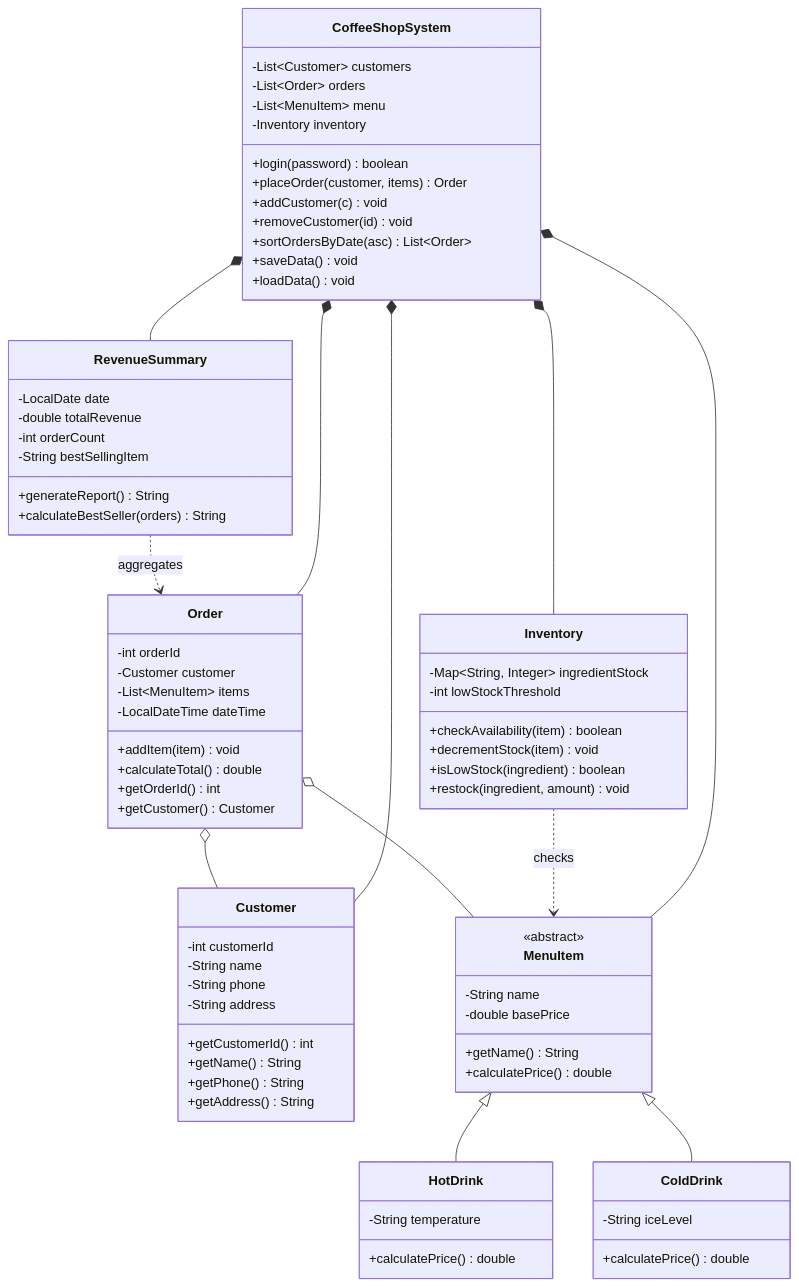
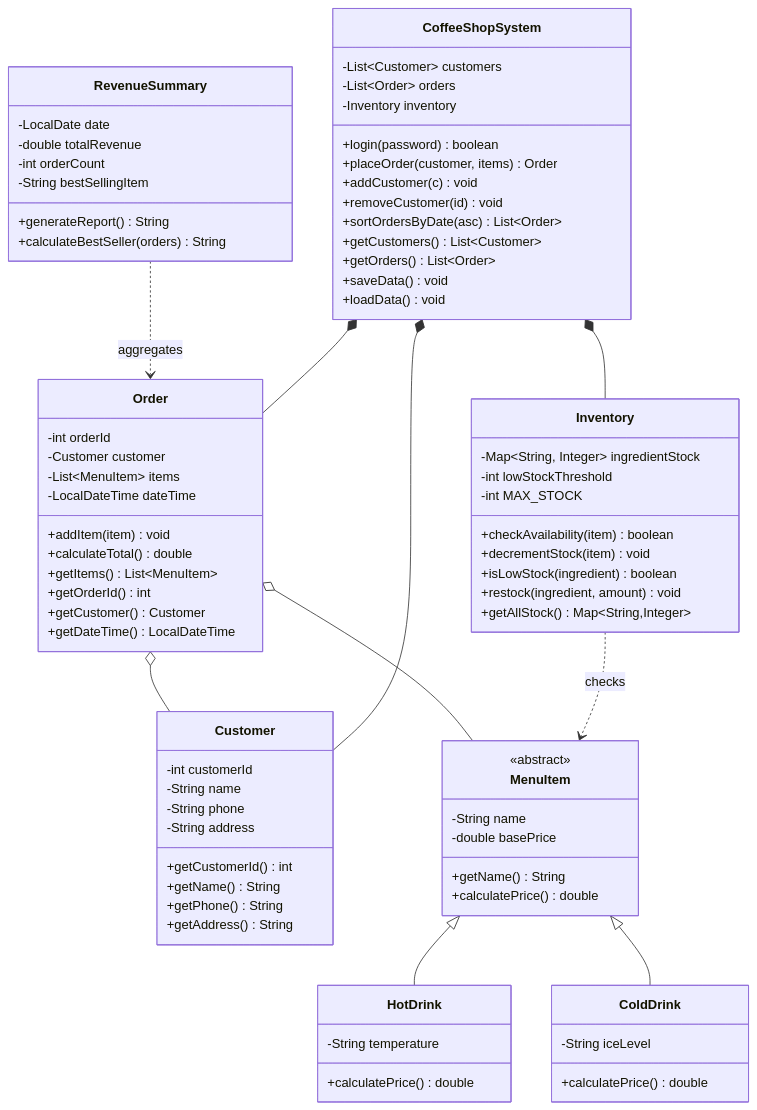
The diagram in README.md (Nan0dev06/Coffee_Shop_Managment_System), drawn with Mermaid before and after one commit. The commit also changed other lines of this file, not shown here.

Commit message:
docs: sync README class diagram and project structure with actual codebase

````diff
--- a/README.md
+++ b/README.md
@@ -37,13 +37,14 @@
     class CoffeeShopSystem {
         -List~Customer~ customers
         -List~Order~ orders
-        -List~MenuItem~ menu
         -Inventory inventory
         +login(password) boolean
         +placeOrder(customer, items) Order
         +addCustomer(c) void
         +removeCustomer(id) void
         +sortOrdersByDate(asc) List~Order~
+        +getCustomers() List~Customer~
+        +getOrders() List~Order~
         +saveData() void
         +loadData() void
     }
@@ -55,17 +56,21 @@
         -LocalDateTime dateTime
         +addItem(item) void
         +calculateTotal() double
+        +getItems() List~MenuItem~
         +getOrderId() int
         +getCustomer() Customer
+        +getDateTime() LocalDateTime
     }
  
     class Inventory {
         -Map~String, Integer~ ingredientStock
         -int lowStockThreshold
+        -int MAX_STOCK
         +checkAvailability(item) boolean
         +decrementStock(item) void
         +isLowStock(ingredient) boolean
         +restock(ingredient, amount) void
+        +getAllStock() Map~String,Integer~
     }
  
     class RevenueSummary {
@@ -115,6 +120,4 @@
     CoffeeShopSystem *-- Order
     CoffeeShopSystem *-- Inventory
     CoffeeShopSystem *-- Customer
-    CoffeeShopSystem *-- MenuItem
-    CoffeeShopSystem *-- RevenueSummary
 ```
````
